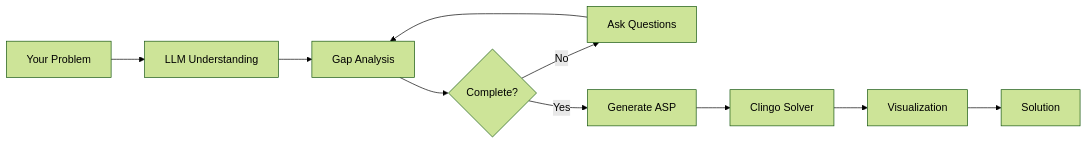
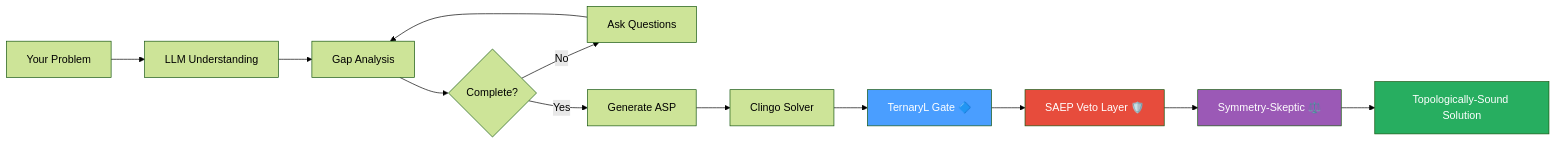
Before and after one commit to SuperInstance/savanty: the diagram in documentation/docs/concepts/how-it-works.md, drawn with Mermaid (forest theme). The commit also changed other lines of this file and 7 other files, not shown here.

First line of the commit message:
feat: TernARY Gate, SAEP Veto, and Symmetry-Skeptic integration

````diff
--- a/documentation/docs/concepts/how-it-works.md
+++ b/documentation/docs/concepts/how-it-works.md
@@ -7,12 +7,19 @@
 ```mermaid
 flowchart LR
     A[Your Problem] --> B[LLM Understanding]
     B --> C[Gap Analysis]
     C --> D{Complete?}
     D -->|No| E[Ask Questions]
     E --> C
     D -->|Yes| F[Generate ASP]
     F --> G[Clingo Solver]
-    G --> H[Visualization]
-    H --> I[Solution]
+    G --> H[TernaryL Gate 🔷]
+    H --> I[SAEP Veto Layer 🛡️]
+    I --> J[Symmetry-Skeptic ⚖️]
+    J --> K[Topologically-Sound Solution]
+    
+    style H fill:#4a9eff,color:#fff
+    style I fill:#e74c3c,color:#fff
+    style J fill:#9b59b6,color:#fff
+    style K fill:#27ae60,color:#fff
 ```
````
